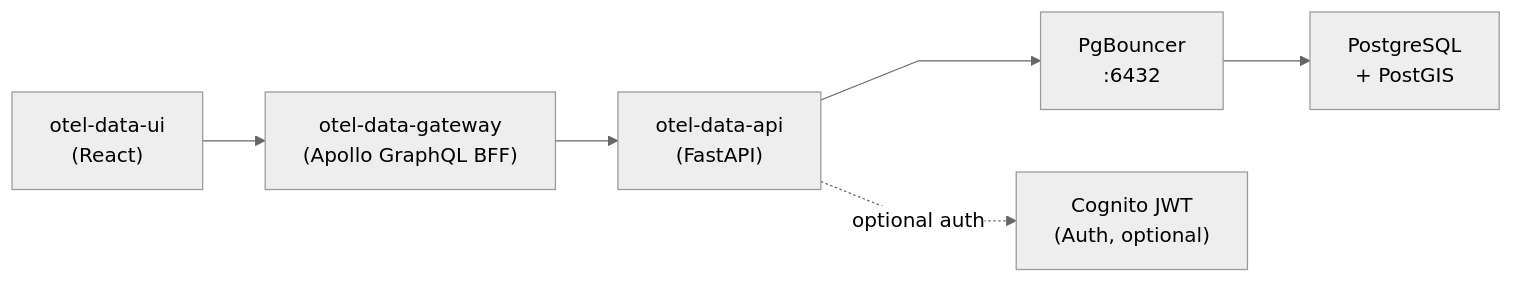
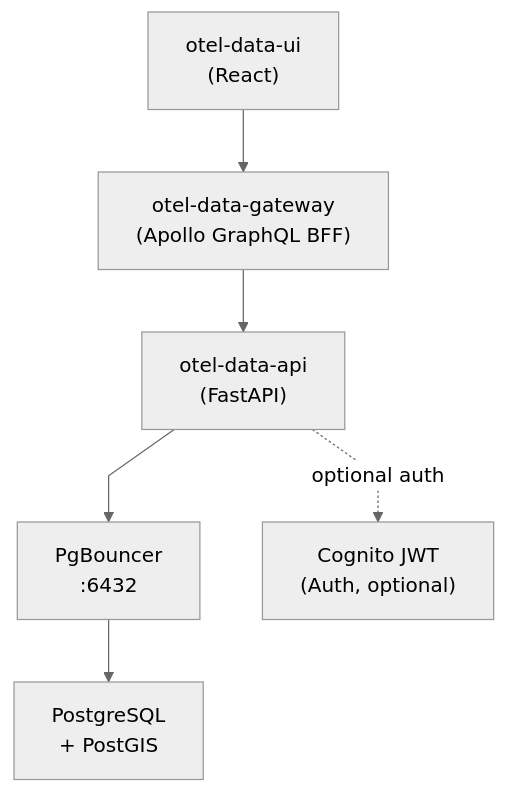
One commit to stuartshay/otel-data-api changed the diagram in README.md. Above: the diagram before and after it, drawn with Mermaid.

Commit message:
docs: switch architecture diagram to TD layout to avoid toolbar overlap

````diff
--- a/README.md
+++ b/README.md
@@ -16,13 +16,9 @@
 ```mermaid
-%%{init: {
-    "theme": "neutral",
-    "flowchart": { "curve": "linear" },
-    "themeCSS": ".mermaid .mermaidToolbar { display: none; }"
-}}%%
-flowchart LR
-    ui["otel-data-ui<br/> (React)"] --> gateway["otel-data-gateway<br/> (Apollo GraphQL BFF)"]
-    gateway --> api["otel-data-api<br/> (FastAPI)"]
+%%{init: {"theme": "neutral", "flowchart": {"curve": "linear"}}}%%
+flowchart TD
+    ui["otel-data-ui<br/>(React)"] --> gateway["otel-data-gateway<br/>(Apollo GraphQL BFF)"]
+    gateway --> api["otel-data-api<br/>(FastAPI)"]
     api --> pool["PgBouncer<br/>:6432"]
-    pool --> db["PostgreSQL<br/> + PostGIS"]
+    pool --> db["PostgreSQL<br/>+ PostGIS"]
     api -.->|optional auth| cognito["Cognito JWT<br/>(Auth, optional)"]
 ```
````
